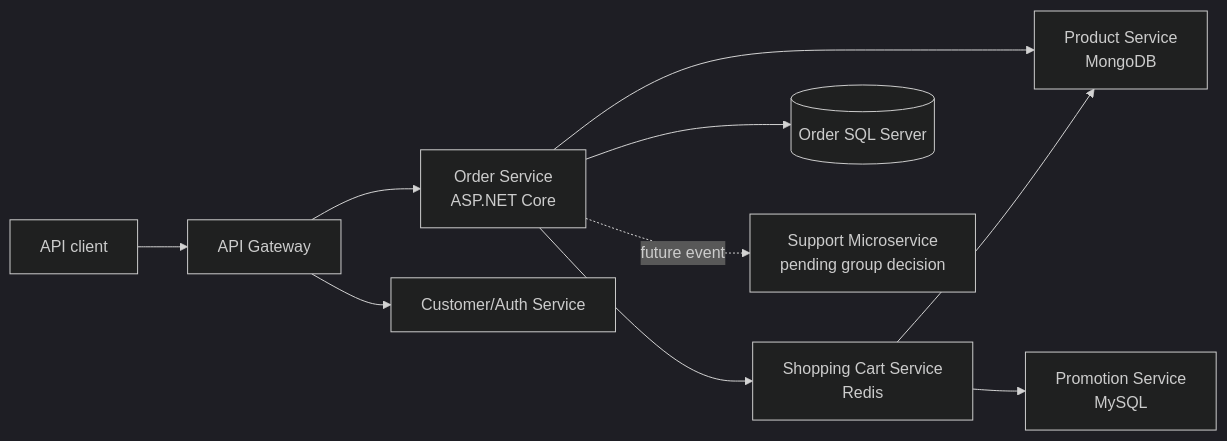
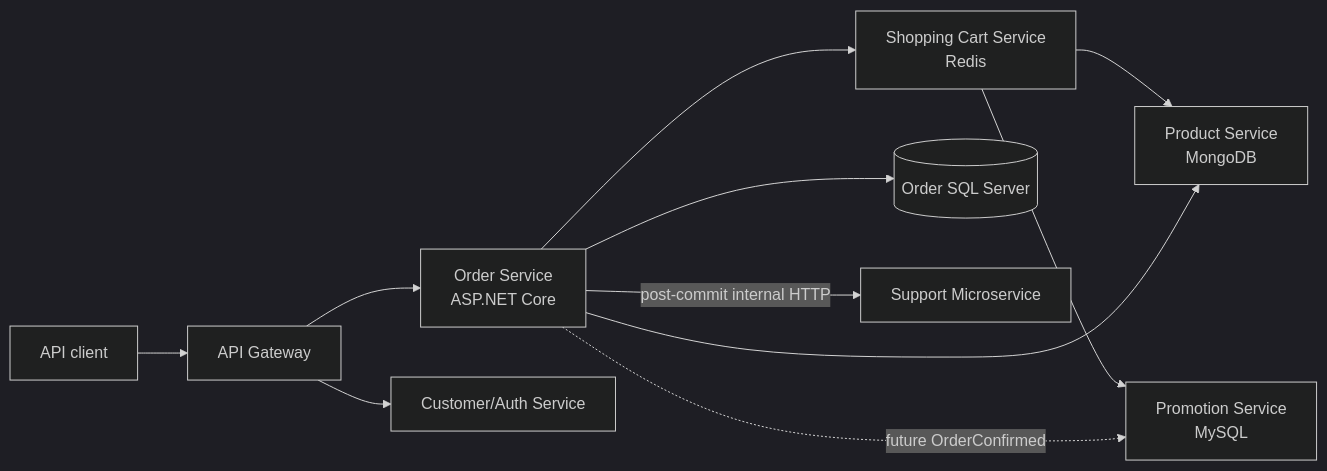
One commit to Back-End-Cloud-Computing/order changed the first of 4 diagrams in docs/SDD.md. Above: the diagram before and after it, drawn with Mermaid (dark theme). The commit also changed other lines of this file and 33 other files, not shown here.

````diff
--- a/docs/SDD.md
+++ b/docs/SDD.md
@@ -65,12 +65,13 @@
 ```mermaid
 flowchart LR
     Client[API client] --> Gateway[API Gateway]
     Gateway --> Order[Order Service<br/>ASP.NET Core]
     Gateway --> Customer[Customer/Auth Service]
     Order --> Cart[Shopping Cart Service<br/>Redis]
     Cart --> Product[Product Service<br/>MongoDB]
     Cart --> Promotion[Promotion Service<br/>MySQL]
     Order --> Product
+    Order -. future OrderConfirmed .-> Promotion
     Order --> Sql[(Order SQL Server)]
-    Order -. future event .-> Support[Support Microservice<br/>pending group decision]
+    Order -->|post-commit internal HTTP| Support[Support Microservice]
 ```
````
